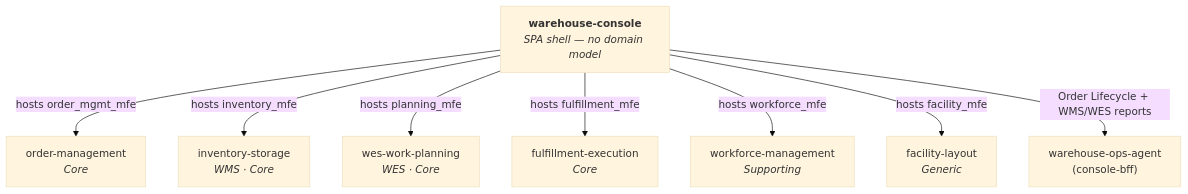
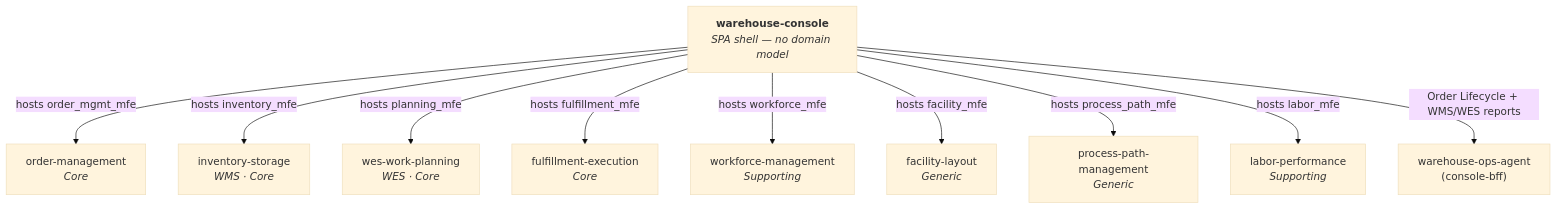
One commit to claudioed/warehouse-console changed the diagram in docs/docs/ecosystem/context-map.md. Above: the diagram before and after it, drawn with Mermaid (base theme). The commit also changed other lines of this file and 7 other files, not shown here.

````diff
--- a/docs/docs/ecosystem/context-map.md
+++ b/docs/docs/ecosystem/context-map.md
@@ -14,20 +14,24 @@
 ```mermaid
 graph TD
   Console["<b>warehouse-console</b><br/><i>SPA shell — no domain model</i>"]
 
   OM["order-management<br/><i>Core</i>"]
   IS["inventory-storage<br/><i>WMS · Core</i>"]
   WP["wes-work-planning<br/><i>WES · Core</i>"]
   FE["fulfillment-execution<br/><i>Core</i>"]
   WM["workforce-management<br/><i>Supporting</i>"]
   FL["facility-layout<br/><i>Generic</i>"]
+  PP["process-path-management<br/><i>Generic</i>"]
+  LP["labor-performance<br/><i>Supporting</i>"]
   OA["warehouse-ops-agent<br/>(console-bff)"]
 
   Console -->|"hosts order_mgmt_mfe"| OM
   Console -->|"hosts inventory_mfe"| IS
   Console -->|"hosts planning_mfe"| WP
   Console -->|"hosts fulfillment_mfe"| FE
   Console -->|"hosts workforce_mfe"| WM
   Console -->|"hosts facility_mfe"| FL
+  Console -->|"hosts process_path_mfe"| PP
+  Console -->|"hosts labor_mfe"| LP
   Console -->|"Order Lifecycle + WMS/WES reports"| OA
 ```
````
